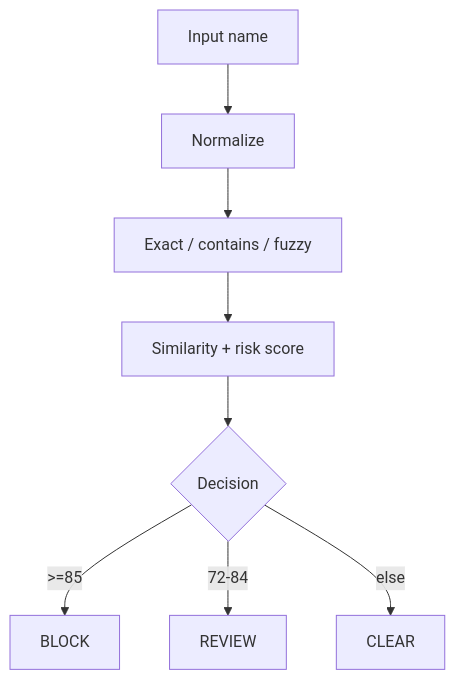
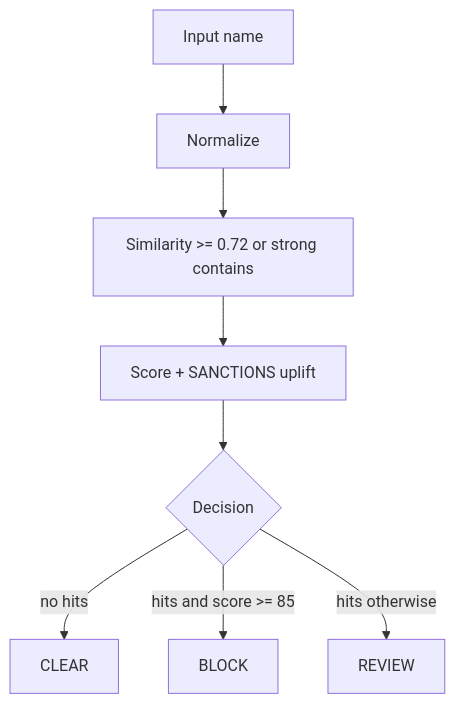
Before and after one commit to Dedmoo/aml-sanctions-screener: the first of 2 diagrams in README.md, drawn with Mermaid. The commit also changed other lines of this file and 1 other file, not shown here.

````diff
--- a/README.md
+++ b/README.md
@@ -9,10 +9,10 @@
 ```mermaid
 flowchart TD
     Name[Input name] --> Norm[Normalize]
-    Norm --> Match[Exact / contains / fuzzy]
-    Match --> Score[Similarity + risk score]
+    Norm --> Match[Similarity >= 0.72 or strong contains]
+    Match --> Score[Score + SANCTIONS uplift]
     Score --> Dec{Decision}
-    Dec -->|>=85| Block[BLOCK]
-    Dec -->|72-84| Review[REVIEW]
-    Dec -->|else| Clear[CLEAR]
+    Dec -->|no hits| Clear[CLEAR]
+    Dec -->|hits and score >= 85| Block[BLOCK]
+    Dec -->|hits otherwise| Review[REVIEW]
 ```
````
